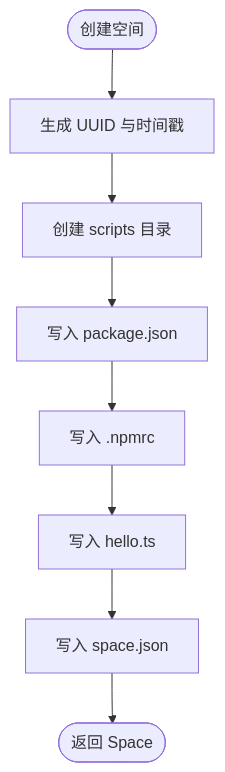
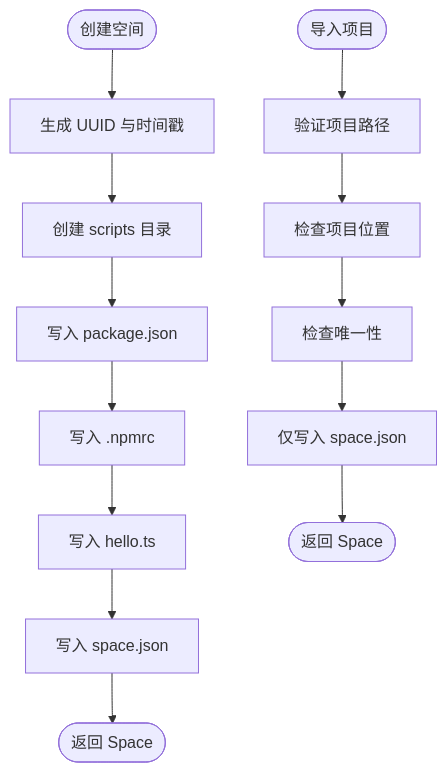
One commit to hozeeee/script-box changed diagram 11 of 11 in .qoder/repowiki/zh/content/核心服务层/Space 服务（项目空间管理）.md. Above: the diagram before and after it, drawn with Mermaid. The commit also changed other lines of this file and 76 other files, not shown here.

````diff
--- a/.qoder/repowiki/zh/content/核心服务层/Space 服务（项目空间管理）.md
+++ b/.qoder/repowiki/zh/content/核心服务层/Space 服务（项目空间管理）.md
@@ -350,10 +486,15 @@
 ```mermaid
 flowchart TD
 Start(["创建空间"]) --> GenId["生成 UUID 与时间戳"]
 GenId --> MakeScripts["创建 scripts 目录"]
 MakeScripts --> WritePkg["写入 package.json"]
 WritePkg --> WriteNpmrc["写入 .npmrc"]
 WriteNpmrc --> WriteWelcome["写入 hello.ts"]
 WriteWelcome --> WriteMeta["写入 space.json"]
 WriteMeta --> End(["返回 Space"])
+ImportStart(["导入项目"]) --> ValidatePath["验证项目路径"]
+ValidatePath --> CheckLocation["检查项目位置"]
+CheckLocation --> CheckUnique["检查唯一性"]
+CheckUnique --> WriteMetaOnly["仅写入 space.json"]
+WriteMetaOnly --> ImportEnd(["返回 Space"])
 ```
````
